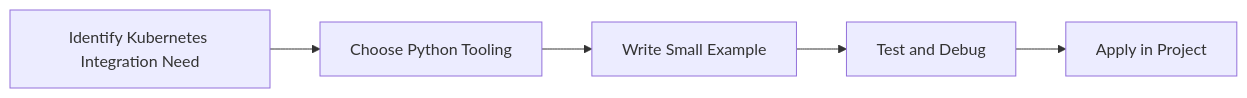
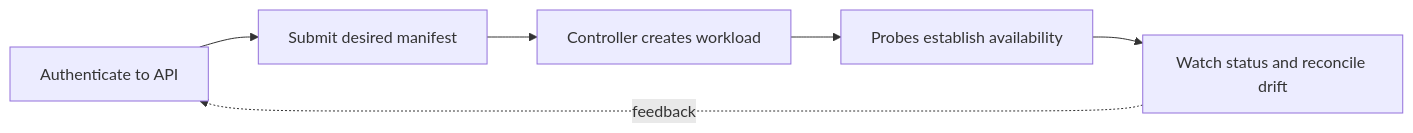
The diagram in Python-Mastery/Advanced/32-kubernetes-integration.md (SYMOIZ/E-Learning-Portal), drawn with Mermaid before and after one commit. The commit also changed other lines of this file and 116 other files, not shown here.

````diff
--- a/Python-Mastery/Advanced/32-kubernetes-integration.md
+++ b/Python-Mastery/Advanced/32-kubernetes-integration.md
@@ -133,7 +189,8 @@
 ```mermaid
 flowchart LR
-    A[Identify Kubernetes Integration Need] --> B[Choose Python Tooling]
-    B --> C[Write Small Example]
-    C --> D[Test and Debug]
-    D --> E[Apply in Project]
+    A[Authenticate to API] --> B[Submit desired manifest]
+    B --> C[Controller creates workload]
+    C --> D[Probes establish availability]
+    D --> E[Watch status and reconcile drift]
+    E -. feedback .-> A
 ```
````
